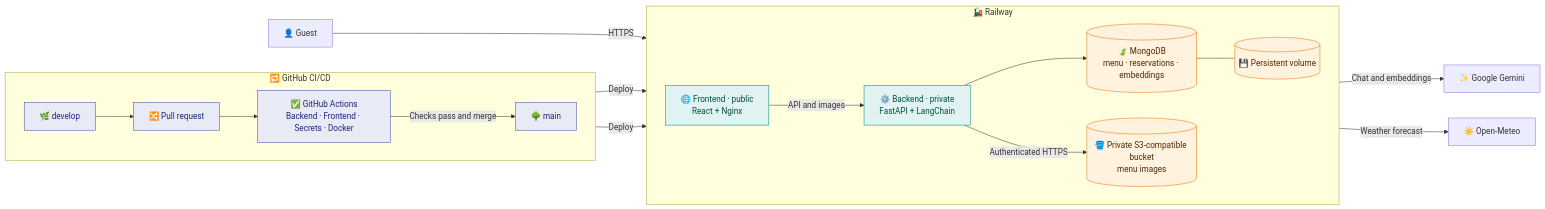
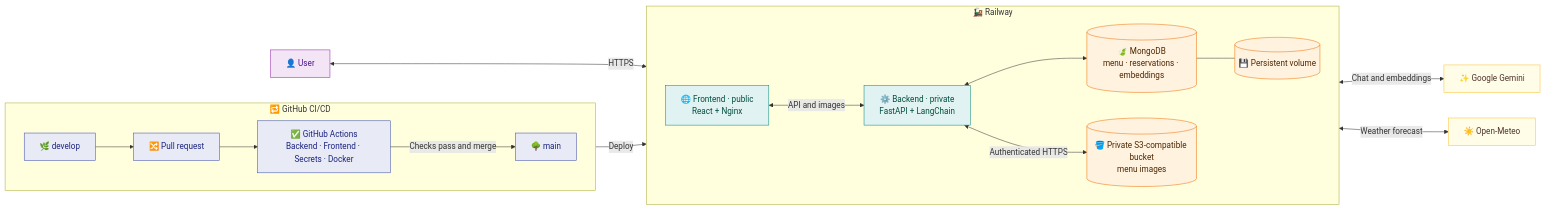
The diagram in README.md (patriciorr/rag-taurant), drawn with Mermaid before and after one commit. The commit also changed other lines of this file, not shown here.

Commit message:
fix: reorder and update badges in README.md

````diff
--- a/README.md
+++ b/README.md
@@ -68,35 +71,38 @@
 ```mermaid
 flowchart LR
     subgraph Pipeline["🔁 GitHub CI/CD"]
         direction LR
         Develop["🌿 develop"] --> PR["🔀 Pull request"]
         PR --> CI["✅ GitHub Actions<br/>Backend · Frontend · Secrets · Docker"]
         CI -->|Checks pass and merge| Main["🌳 main"]
     end
 
     subgraph Railway["🚂 Railway"]
         direction LR
         Frontend["🌐 Frontend · public<br/>React + Nginx"]
         Backend["⚙️ Backend · private<br/>FastAPI + LangChain"]
         Mongo[("🍃 MongoDB<br/>menu · reservations · embeddings")]
         Volume[("💾 Persistent volume")]
         Bucket[("🪣 Private S3-compatible bucket<br/>menu images")]
-        Frontend -->|API and images| Backend
-        Backend --> Mongo
+        Frontend <-->|API and images| Backend
+        Backend <--> Mongo
         Mongo --- Volume
-        Backend -->|Authenticated HTTPS| Bucket
+        Backend <-->|Authenticated HTTPS| Bucket
     end
 
-    User["👤 Guest"] -->|HTTPS| Frontend
-    Backend -->|Chat and embeddings| Gemini["✨ Google Gemini"]
-    Backend -->|Weather forecast| Weather["☀️ Open-Meteo"]
-    Main -->|Deploy| Frontend
-    Main -->|Deploy| Backend
+    User["👤 User"] <-->|HTTPS| Frontend
+    Backend <-->|Chat and embeddings| Gemini["✨ Google Gemini"]
+    Backend <-->|Weather forecast| Weather["☀️ Open-Meteo"]
+    Pipeline -->|Deploy| Railway
 
     classDef github fill:#e8eaf6,stroke:#3949ab,color:#1a237e
     classDef service fill:#e0f2f1,stroke:#00897b,color:#004d40
     classDef data fill:#fff3e0,stroke:#ef6c00,color:#4e2600
+    classDef user fill:#f3e5f5,stroke:#8e24aa,color:#4a148c
+    classDef external fill:#fffde7,stroke:#fbc02d,color:#4e342e
     class Develop,PR,CI,Main github
     class Frontend,Backend service
+    class User user
+    class Gemini,Weather external
     class Mongo,Volume,Bucket data
 ```
````
